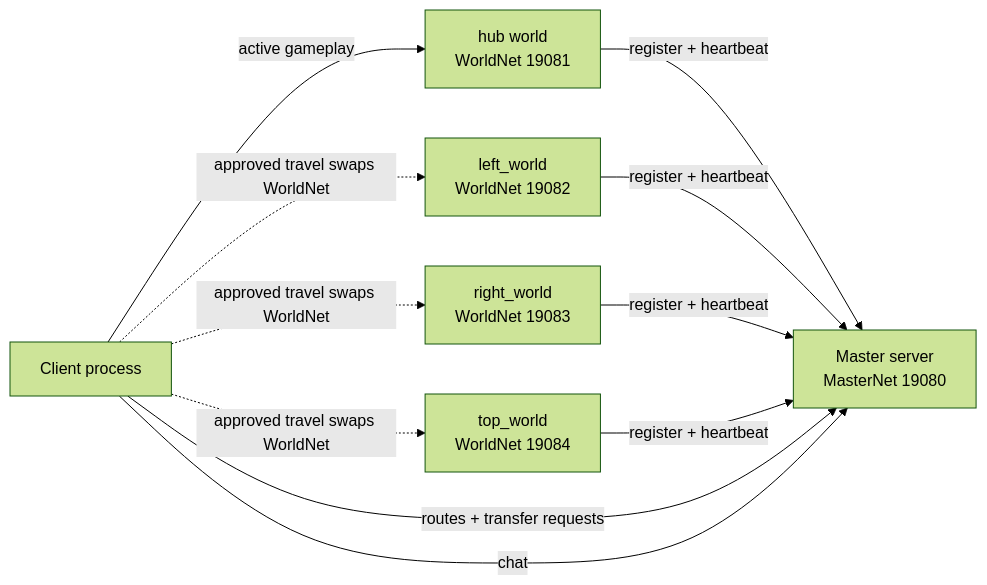
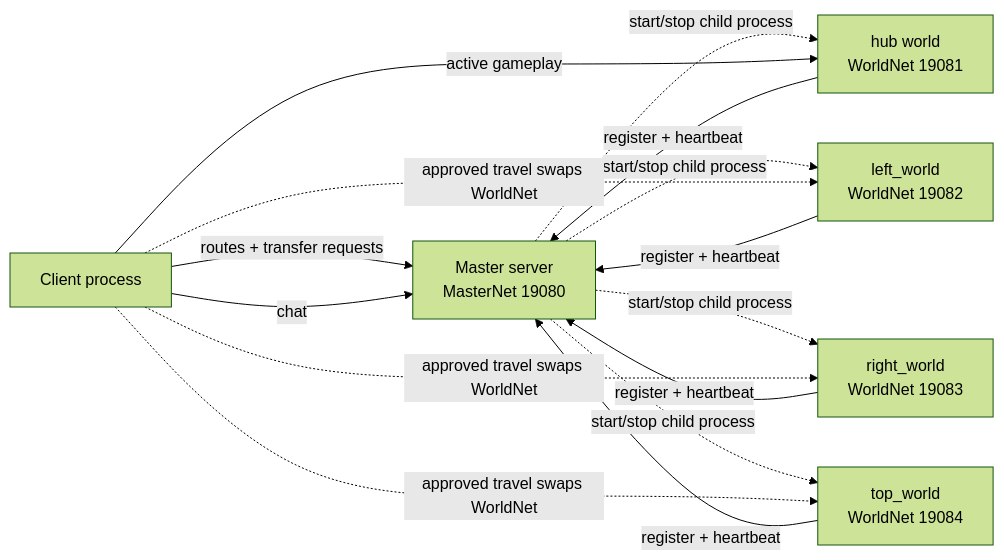
Before and after one commit to Shilo/multi-server-test: the diagram in docs/godot-multi-server-architecture-guide.md, drawn with Mermaid (forest theme). The commit also changed other lines of this file and 13 other files, not shown here.

````diff
--- a/docs/godot-multi-server-architecture-guide.md
+++ b/docs/godot-multi-server-architecture-guide.md
@@ -33,21 +34,26 @@
 ```mermaid
 flowchart LR
     Client["Client process"]
     Master["Master server<br/>MasterNet 19080"]
     Hub["hub world<br/>WorldNet 19081"]
     Left["left_world<br/>WorldNet 19082"]
     Right["right_world<br/>WorldNet 19083"]
     Top["top_world<br/>WorldNet 19084"]
+
+    Master -. "start/stop child process" .-> Hub
+    Master -. "start/stop child process" .-> Left
+    Master -. "start/stop child process" .-> Right
+    Master -. "start/stop child process" .-> Top
 
     Hub -- "register + heartbeat" --> Master
     Left -- "register + heartbeat" --> Master
     Right -- "register + heartbeat" --> Master
     Top -- "register + heartbeat" --> Master
 
     Client -- "routes + transfer requests" --> Master
     Client -- "chat" --> Master
     Client -- "active gameplay" --> Hub
     Client -. "approved travel swaps WorldNet" .-> Left
     Client -. "approved travel swaps WorldNet" .-> Right
     Client -. "approved travel swaps WorldNet" .-> Top
 ```
````
